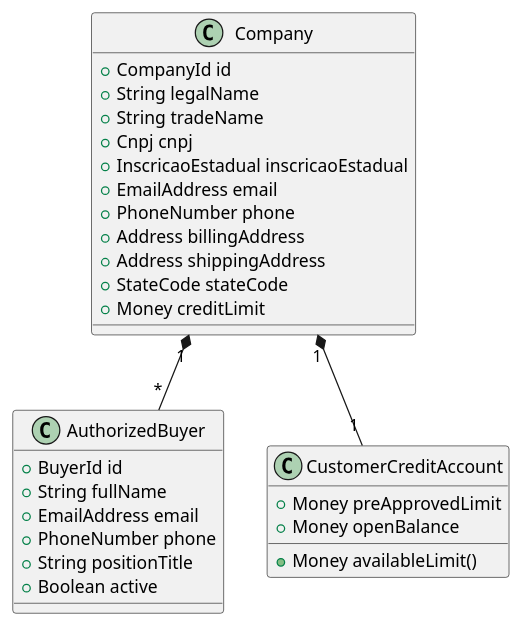
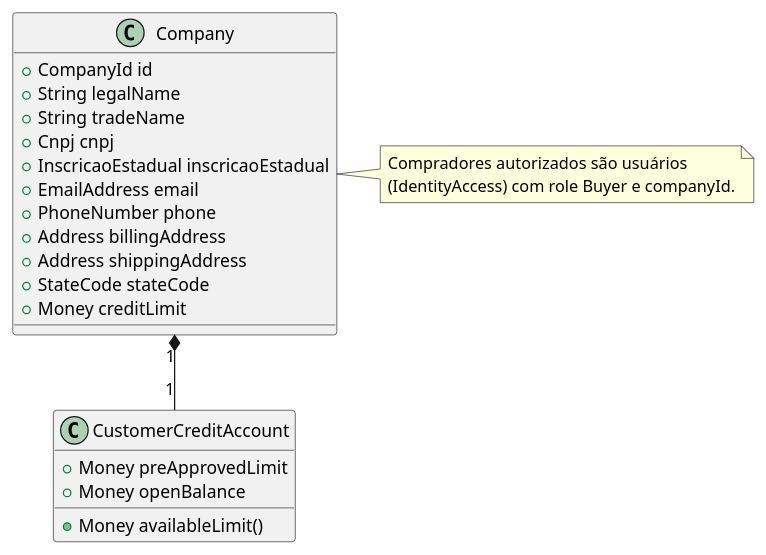
The first of 8 diagrams in diagrama-de-classes.md (gtxeira/ecommerce-b2b), drawn with PlantUML before and after one commit. The commit also changed other lines of this file and 18 other files, not shown here.

````diff
--- a/diagrama-de-classes.md
+++ b/diagrama-de-classes.md
@@ -50,37 +50,32 @@
 ```plantuml
 @startuml
 
 class Company {
     +CompanyId id
     +String legalName
     +String tradeName
     +Cnpj cnpj
     +InscricaoEstadual inscricaoEstadual
     +EmailAddress email
     +PhoneNumber phone
     +Address billingAddress
     +Address shippingAddress
     +StateCode stateCode
     +Money creditLimit
 }
 
-class AuthorizedBuyer {
-    +BuyerId id
-    +String fullName
-    +EmailAddress email
-    +PhoneNumber phone
-    +String positionTitle
-    +Boolean active
-}
-
 class CustomerCreditAccount {
     +Money preApprovedLimit
     +Money openBalance
     +Money availableLimit()
 }
 
-Company "1" *-- "*" AuthorizedBuyer
+note right of Company
+  Compradores autorizados são usuários
+  (IdentityAccess) com role Buyer e companyId.
+end note
+
 Company "1" *-- "1" CustomerCreditAccount
 
 @enduml
 ```
````
